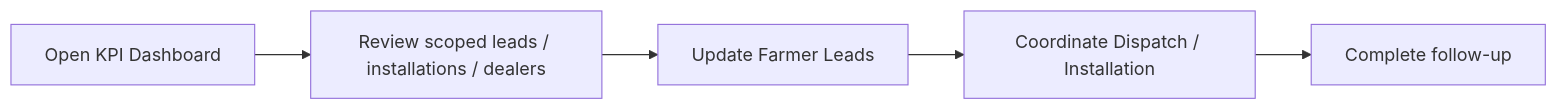
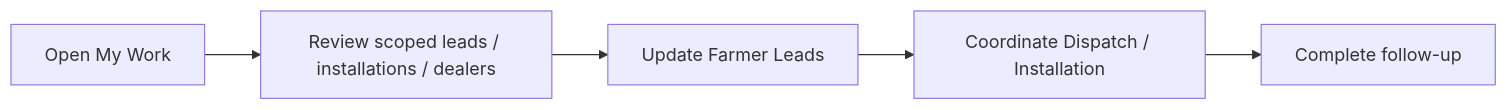
The fourth of 27 diagrams in docs/ROLE_BASED_USAGE_MANUAL.md (harsha-jivawater/jiva-farm-os), drawn with Mermaid before and after one commit. The commit also changed other lines of this file and 3 other files, not shown here.

````diff
--- a/docs/ROLE_BASED_USAGE_MANUAL.md
+++ b/docs/ROLE_BASED_USAGE_MANUAL.md
@@ -397,7 +403,7 @@
 ```mermaid
 flowchart LR
-  A["Open KPI Dashboard"] --> B["Review scoped leads / installations / dealers"]
+  A["Open My Work"] --> B["Review scoped leads / installations / dealers"]
   B --> C["Update Farmer Leads"]
   C --> D["Coordinate Dispatch / Installation"]
   D --> E["Complete follow-up"]
 ```
````
